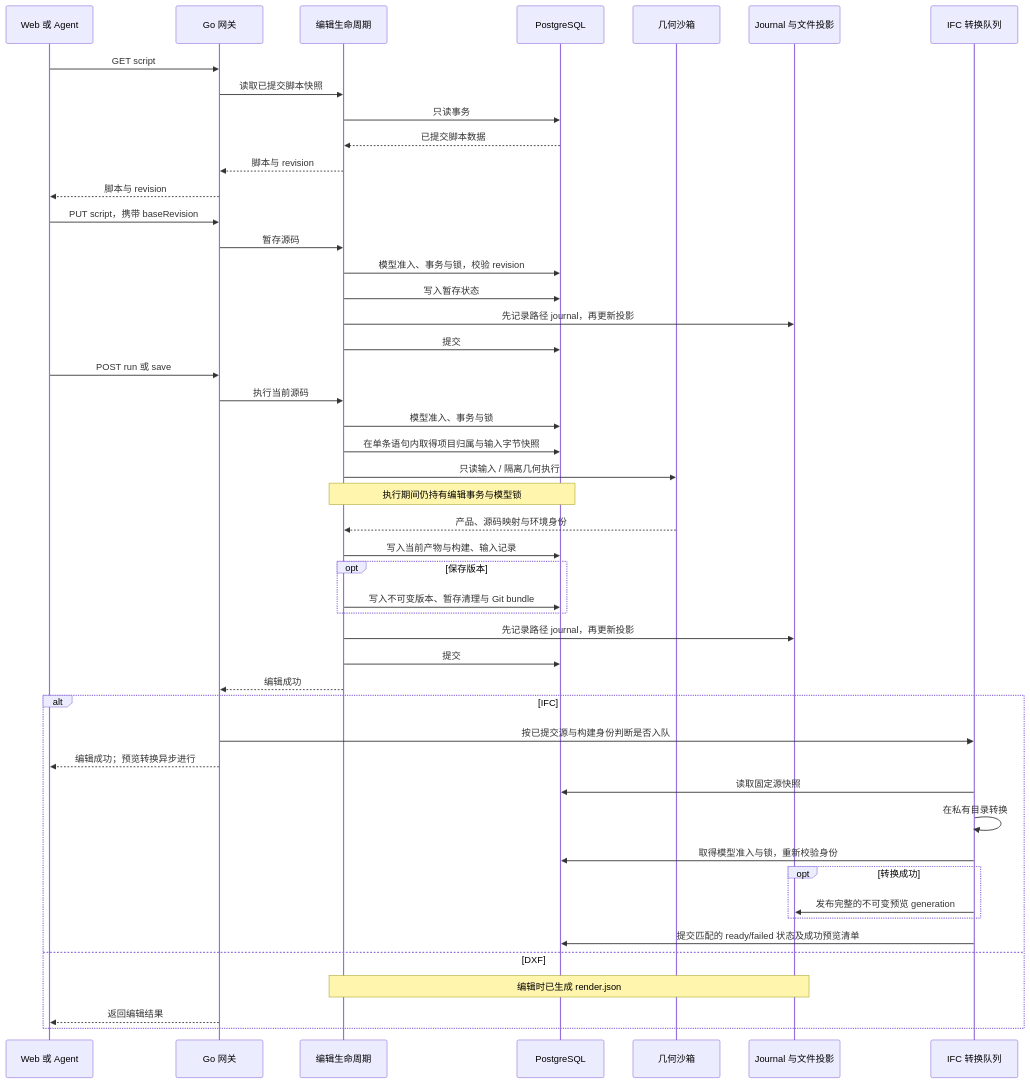
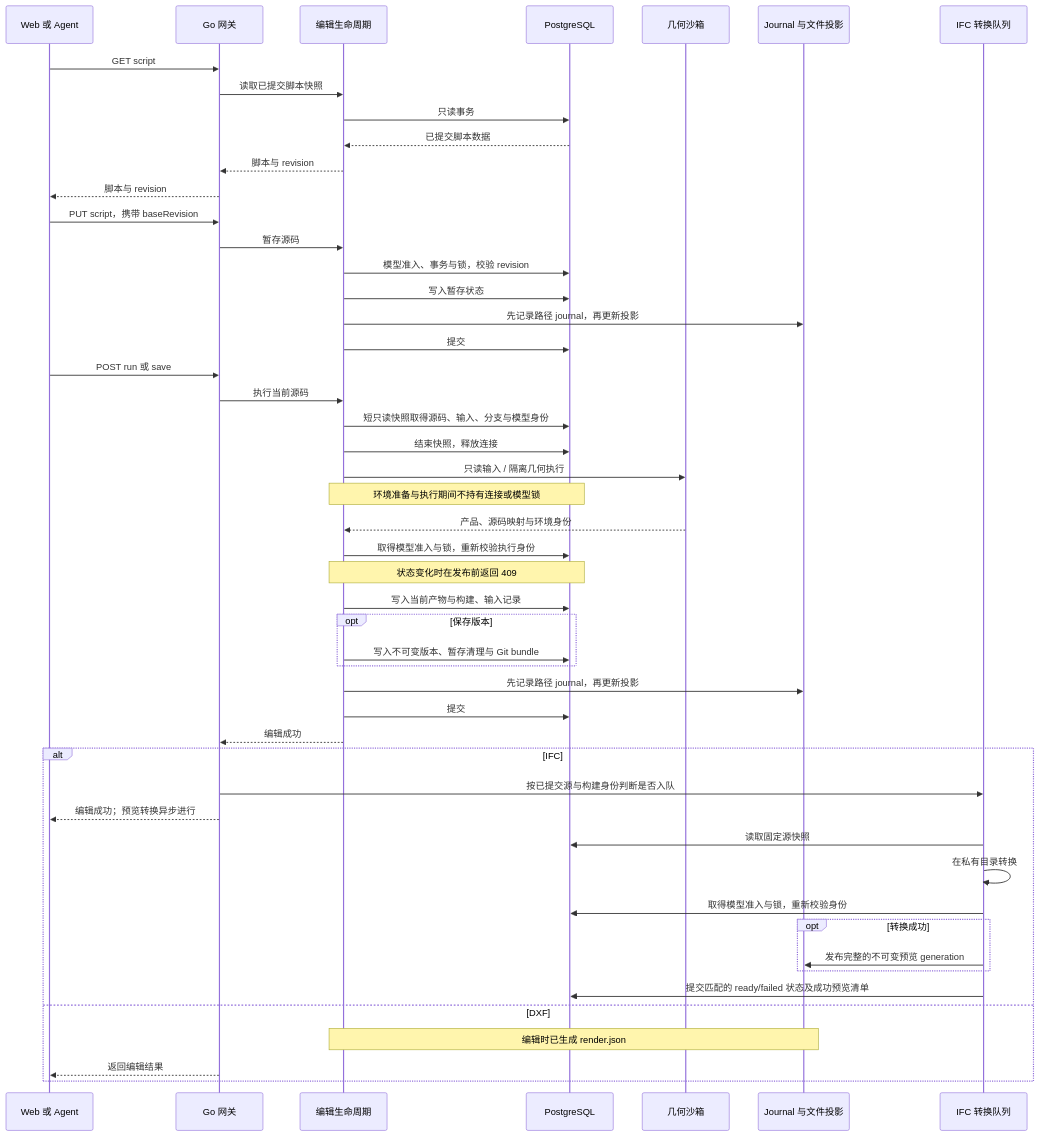
The second of 2 diagrams in README.zh-CN.md (0702hjj/SourceAEC), drawn with Mermaid before and after one commit. The commit also changed other lines of this file and 23 other files, not shown here.

````diff
--- a/README.zh-CN.md
+++ b/README.zh-CN.md
@@ -57,50 +59,52 @@
 ```mermaid
 sequenceDiagram
     participant U as Web 或 Agent
     participant A as Go 网关
     participant E as 编辑生命周期
     participant P as PostgreSQL
     participant S as 几何沙箱
     participant F as Journal 与文件投影
     participant Q as IFC 转换队列
     U->>A: GET script
     A->>E: 读取已提交脚本快照
     E->>P: 只读事务
     P-->>E: 已提交脚本数据
     E-->>A: 脚本与 revision
     A-->>U: 脚本与 revision
     U->>A: PUT script，携带 baseRevision
     A->>E: 暂存源码
     E->>P: 模型准入、事务与锁，校验 revision
     E->>P: 写入暂存状态
     E->>F: 先记录路径 journal，再更新投影
     E->>P: 提交
     U->>A: POST run 或 save
     A->>E: 执行当前源码
-    E->>P: 模型准入、事务与锁
-    E->>P: 在单条语句内取得项目归属与输入字节快照
+    E->>P: 短只读快照取得源码、输入、分支与模型身份
+    E->>P: 结束快照，释放连接
     E->>S: 只读输入 / 隔离几何执行
-    Note over E,P: 执行期间仍持有编辑事务与模型锁
+    Note over E,P: 环境准备与执行期间不持有连接或模型锁
     S-->>E: 产品、源码映射与环境身份
+    E->>P: 取得模型准入与锁，重新校验执行身份
+    Note over E,P: 状态变化时在发布前返回 409
     E->>P: 写入当前产物与构建、输入记录
     opt 保存版本
         E->>P: 写入不可变版本、暂存清理与 Git bundle
     end
     E->>F: 先记录路径 journal，再更新投影
     E->>P: 提交
     E-->>A: 编辑成功
     alt IFC
         A->>Q: 按已提交源与构建身份判断是否入队
         A-->>U: 编辑成功；预览转换异步进行
         Q->>P: 读取固定源快照
         Q->>Q: 在私有目录转换
         Q->>P: 取得模型准入与锁，重新校验身份
         opt 转换成功
             Q->>F: 发布完整的不可变预览 generation
         end
         Q->>P: 提交匹配的 ready/failed 状态及成功预览清单
     else DXF
         Note over E,F: 编辑时已生成 render.json
         A-->>U: 返回编辑结果
     end
 ```
````
